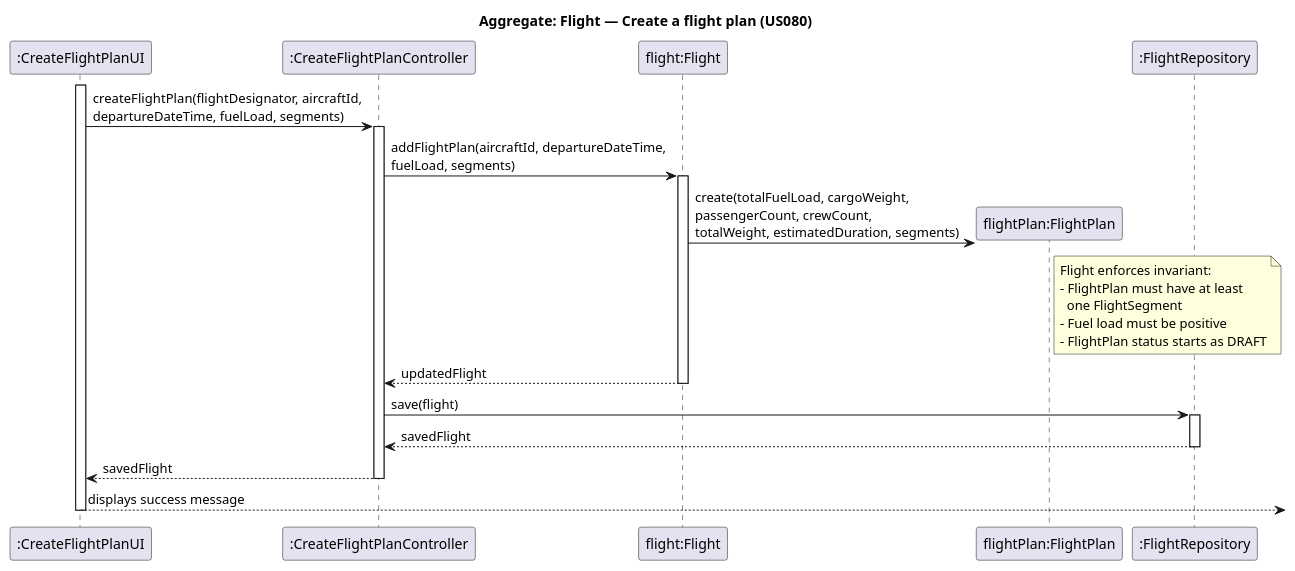
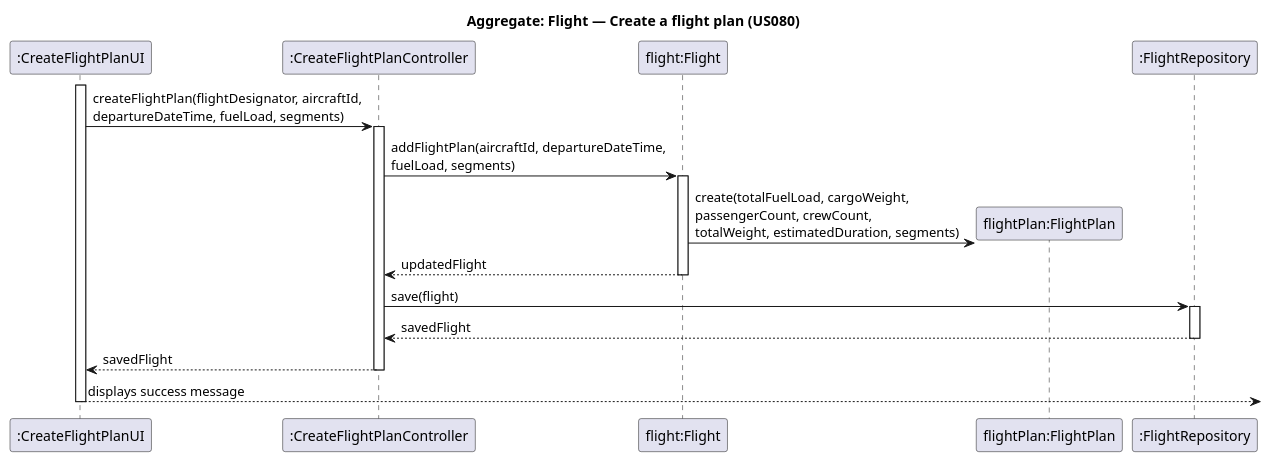
The diagram in aisafe.base/docs/user-stories/US011/aggregate-3_12/aggregate-3_12.puml (brunodspinto/aisafe), drawn with PlantUML before and after one commit. The commit also changed 13 other files, not shown here.

Commit message:
remove readability notes and add new diagrams for Maker, EngineModel, and AircraftModel registration flows, #8

```diff
--- a/aisafe.base/docs/user-stories/US011/aggregate-3_12/aggregate-3_12.puml
+++ b/aisafe.base/docs/user-stories/US011/aggregate-3_12/aggregate-3_12.puml
@@ -1,41 +1,34 @@
 @startuml aggregate-3_12
 skinparam shadowing false
 
 title Aggregate: Flight — Create a flight plan (US080)
 
 participant ":CreateFlightPlanUI" as UI
 participant ":CreateFlightPlanController" as CTRL
 participant "flight:Flight" as FLIGHT
 participant "flightPlan:FlightPlan" as FP
 participant ":FlightRepository" as REPO
 
 activate UI
 UI -> CTRL : createFlightPlan(flightDesignator, aircraftId,\ndepartureDateTime, fuelLoad, segments)
 activate CTRL
 
 CTRL -> FLIGHT : addFlightPlan(aircraftId, departureDateTime,\nfuelLoad, segments)
 activate FLIGHT
 
 FLIGHT -> FP** : create(totalFuelLoad, cargoWeight,\npassengerCount, crewCount,\ntotalWeight, estimatedDuration, segments)
-note right of FP
-  Flight enforces invariant:
-  - FlightPlan must have at least
-    one FlightSegment
-  - Fuel load must be positive
-  - FlightPlan status starts as DRAFT
-end note
 
 FLIGHT --> CTRL : updatedFlight
 deactivate FLIGHT
 
 CTRL -> REPO : save(flight)
 activate REPO
 REPO --> CTRL : savedFlight
 deactivate REPO
 
 CTRL --> UI : savedFlight
 deactivate CTRL
 UI --> : displays success message
 deactivate UI
 
 @enduml
```
